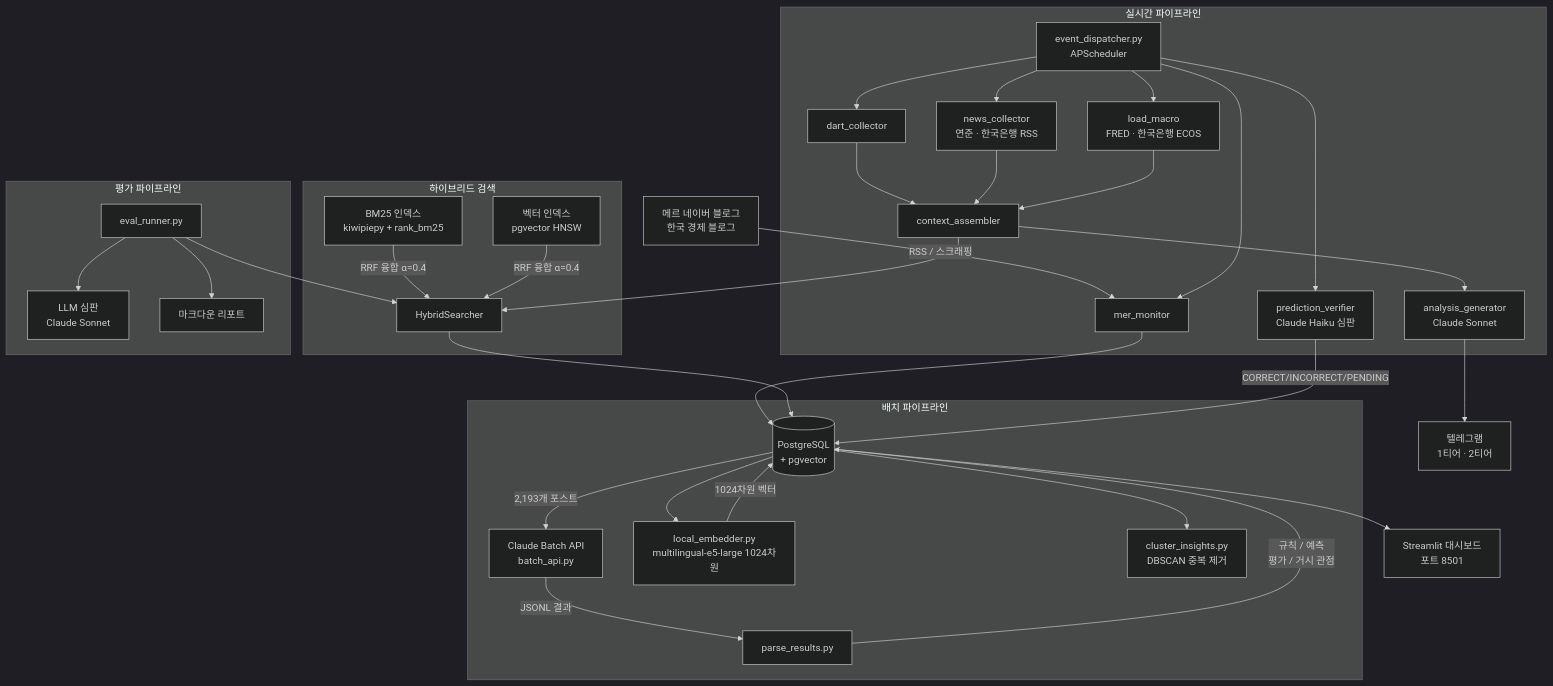
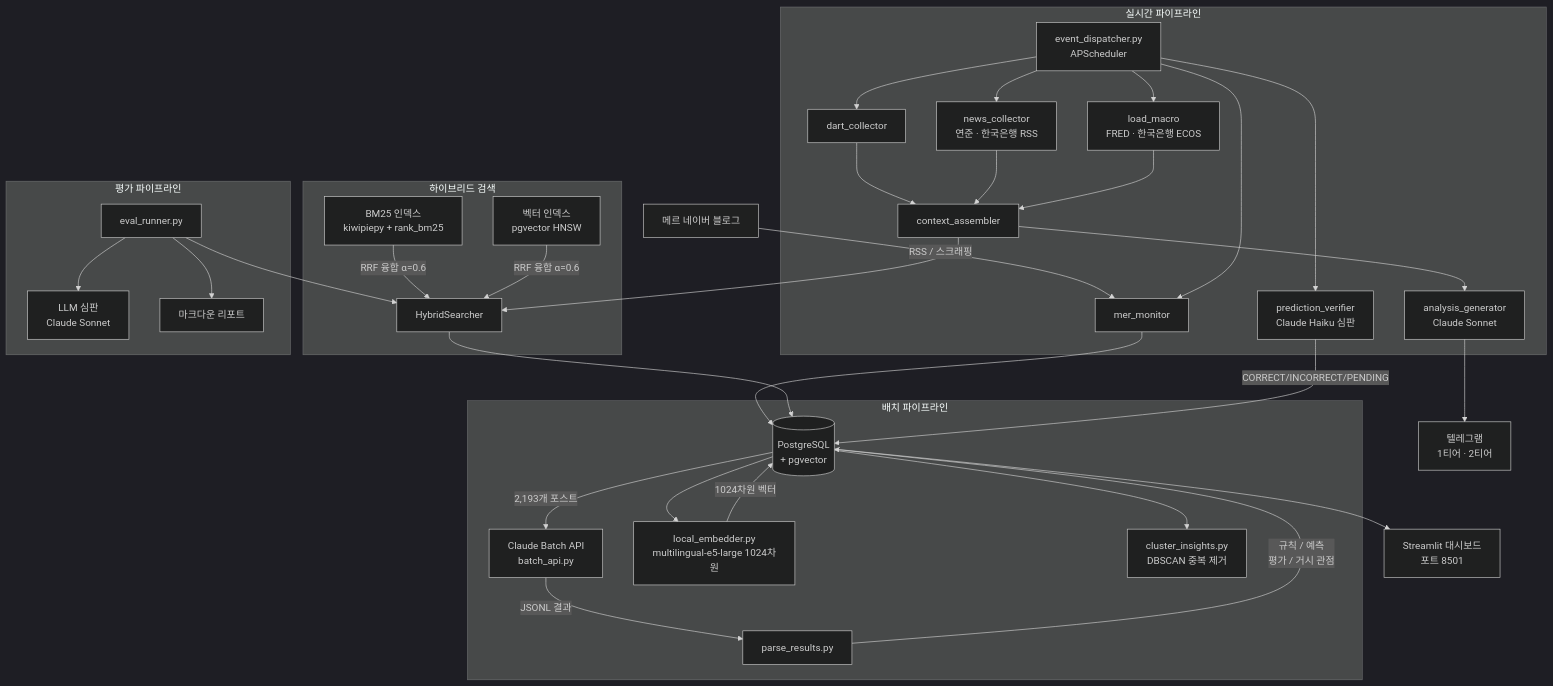
One commit to 11e3/mer-insight-pipeline changed the diagram in README_KR.md. Above: the diagram before and after it, drawn with Mermaid (dark theme). The commit also changed other lines of this file and 3 other files, not shown here.

````diff
--- a/README_KR.md
+++ b/README_KR.md
@@ -16,44 +16,44 @@
 ```mermaid
 flowchart TD
-    A[메르 네이버 블로그<br>한국 경제 블로그] -->|RSS / 스크래핑| B[mer_monitor]
+    A[메르 네이버 블로그] -->|RSS / 스크래핑| B[mer_monitor]
     B --> C[(PostgreSQL<br>+ pgvector)]
 
     subgraph 배치 파이프라인
         C -->|2,193개 포스트| D[Claude Batch API<br>batch_api.py]
         D -->|JSONL 결과| E[parse_results.py]
         E -->|규칙 / 예측<br>평가 / 거시 관점| C
         C --> F[local_embedder.py<br>multilingual-e5-large 1024차원]
         F -->|1024차원 벡터| C
         C --> G[cluster_insights.py<br>DBSCAN 중복 제거]
     end
 
     subgraph 하이브리드 검색
         HS1[BM25 인덱스<br>kiwipiepy + rank_bm25]
         HS2[벡터 인덱스<br>pgvector HNSW]
-        HS1 & HS2 -->|RRF 융합 α=0.4| HS3[HybridSearcher]
+        HS1 & HS2 -->|RRF 융합 α=0.6| HS3[HybridSearcher]
     end
 
     HS3 --> C
 
     subgraph 실시간 파이프라인
         ED[event_dispatcher.py<br>APScheduler] --> B
         ED --> DC[dart_collector]
         ED --> NC[news_collector<br>연준 · 한국은행 RSS]
         ED --> LM[load_macro<br>FRED · 한국은행 ECOS]
         ED --> PV[prediction_verifier<br>Claude Haiku 심판]
         DC & NC & LM --> CA[context_assembler]
         CA --> HS3
         CA --> AG2[analysis_generator<br>Claude Sonnet]
         PV -->|CORRECT/INCORRECT/PENDING| C
     end
 
     AG2 --> TG[텔레그램<br>1티어 · 2티어]
 
     subgraph 평가 파이프라인
         EV[eval_runner.py] --> HS3
         EV --> LJ[LLM 심판<br>Claude Sonnet]
         EV --> RPT[마크다운 리포트]
     end
 
     C --> Q[Streamlit 대시보드<br>포트 8501]
 ```
````
